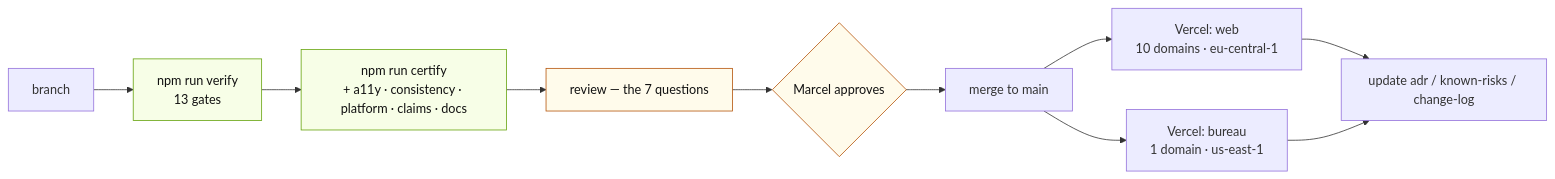
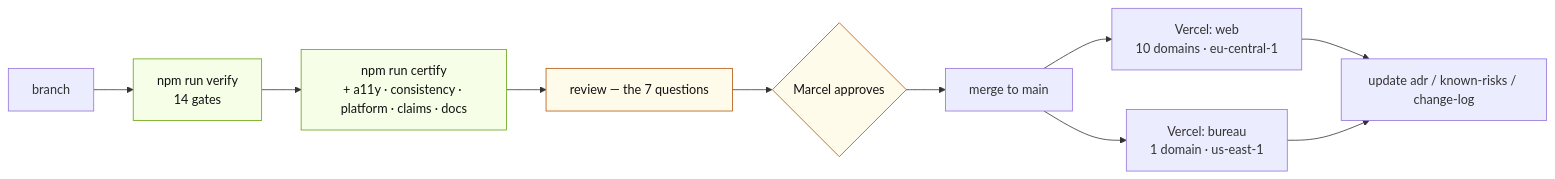
The eighth of 10 diagrams in docs/architecture/diagrams.md (buddy1974/maxpromo.digital), drawn with Mermaid before and after one commit. The commit also changed 63 other files, not shown here.

````diff
--- a/docs/architecture/diagrams.md
+++ b/docs/architecture/diagrams.md
@@ -276,19 +276,19 @@
 ```mermaid
 flowchart LR
-  BR["branch"] --> V["npm run verify<br/>13 gates"]
+  BR["branch"] --> V["npm run verify<br/>14 gates"]
   V --> C["npm run certify<br/>+ a11y · consistency · platform · claims · docs"]
   C --> REV["review — the 7 questions"]
   REV --> APP{"Marcel approves"}
   APP --> MERGE["merge to main"]
 
   MERGE --> VW["Vercel: web<br/>10 domains · eu-central-1"]
   MERGE --> VB["Vercel: bureau<br/>1 domain · us-east-1"]
 
   VW --> DOC["update adr / known-risks / change-log"]
   VB --> DOC
 
   classDef gate fill:#F7FEE7,stroke:#65A30D,color:#111111
   classDef human fill:#FFFBEB,stroke:#B45309,color:#111111
   class V,C gate
   class REV,APP human
 ```
````
